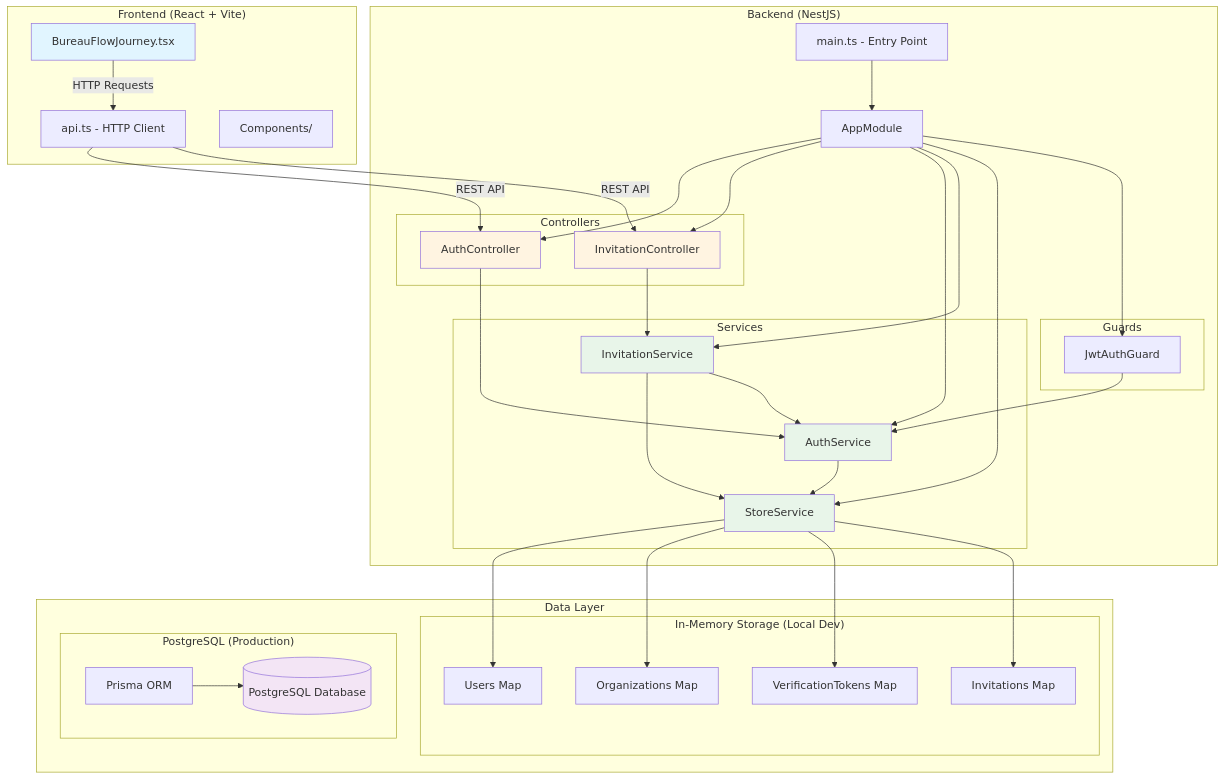
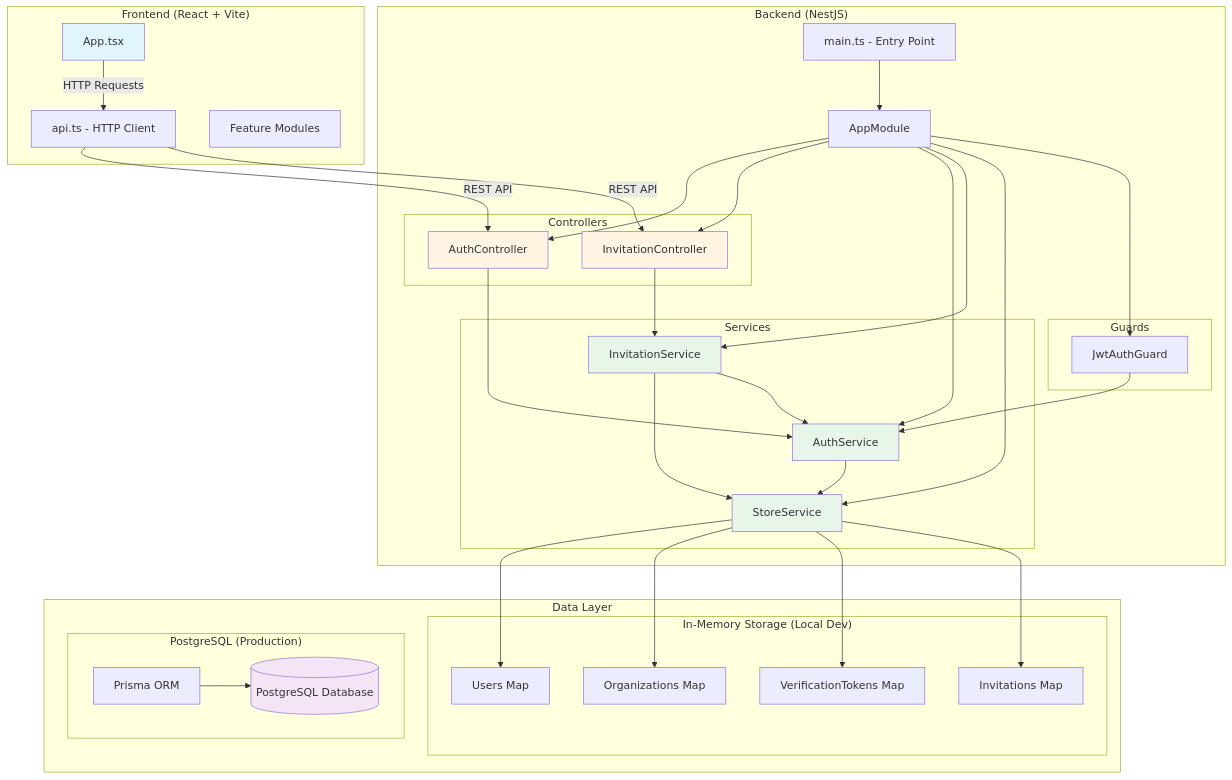
One commit to Jaf-Men/BureauFlow changed the first of 3 diagrams in SYSTEM_ARCHITECTURE.md. Above: the diagram before and after it, drawn with Mermaid. The commit also changed other lines of this file and 10 other files, not shown here.

````diff
--- a/SYSTEM_ARCHITECTURE.md
+++ b/SYSTEM_ARCHITECTURE.md
@@ -17,77 +17,77 @@
 ```mermaid
 graph TB
     subgraph "Frontend (React + Vite)"
-        FE[BureauFlowJourney.tsx]
+        FE[App.tsx]
         API[api.ts - HTTP Client]
-        COMP[Components/]
+        MOD[Feature Modules]
     end
 
     subgraph "Backend (NestJS)"
         MAIN[main.ts - Entry Point]
         APP[AppModule]
         
         subgraph "Controllers"
             AUTH_CTRL[AuthController]
             INV_CTRL[InvitationController]
         end
         
         subgraph "Services"
             AUTH_SVC[AuthService]
             INV_SVC[InvitationService]
             STORE_SVC[StoreService]
         end
         
         subgraph "Guards"
             JWT_GUARD[JwtAuthGuard]
         end
     end
 
     subgraph "Data Layer"
         subgraph "In-Memory Storage (Local Dev)"
             USERS[Users Map]
             ORGS[Organizations Map]
             TOKENS[VerificationTokens Map]
             INVITES[Invitations Map]
         end
         
         subgraph "PostgreSQL (Production)"
             PRISMA[Prisma ORM]
             DB[(PostgreSQL Database)]
         end
     end
 
     FE -->|HTTP Requests| API
     API -->|REST API| AUTH_CTRL
     API -->|REST API| INV_CTRL
     
     MAIN --> APP
     APP --> AUTH_CTRL
     APP --> INV_CTRL
     APP --> AUTH_SVC
     APP --> INV_SVC
     APP --> STORE_SVC
     APP --> JWT_GUARD
     
     AUTH_CTRL --> AUTH_SVC
     INV_CTRL --> INV_SVC
     JWT_GUARD --> AUTH_SVC
     
     AUTH_SVC --> STORE_SVC
     INV_SVC --> STORE_SVC
     INV_SVC --> AUTH_SVC
     
     STORE_SVC --> USERS
     STORE_SVC --> ORGS
     STORE_SVC --> TOKENS
     STORE_SVC --> INVITES
     
     PRISMA --> DB
     
     style FE fill:#e1f5ff
     style AUTH_CTRL fill:#fff4e1
     style INV_CTRL fill:#fff4e1
     style AUTH_SVC fill:#e8f5e9
     style INV_SVC fill:#e8f5e9
     style STORE_SVC fill:#e8f5e9
     style DB fill:#f3e5f5
 ```
````
